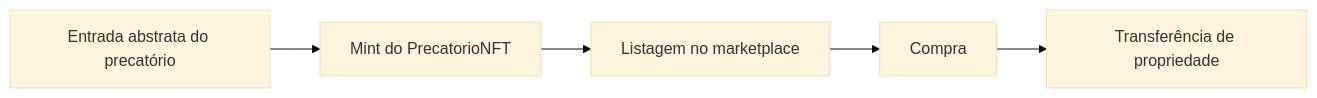
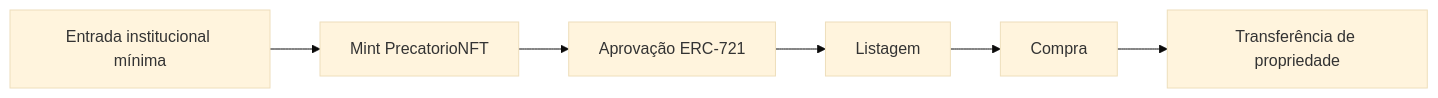
One commit to Victor-droid165/blockchain changed the diagram in Lab4/docs/modelo-solucao.md. Above: the diagram before and after it, drawn with Mermaid (base theme). The commit also changed other lines of this file and 43 other files, not shown here.

Commit message:
refactor(lab4): refatora para marketplace NFT

````diff
--- a/Lab4/docs/modelo-solucao.md
+++ b/Lab4/docs/modelo-solucao.md
@@ -9,10 +7,11 @@
 ```mermaid
 flowchart LR
-    I[Entrada abstrata do precatório]
-    N[Mint do PrecatorioNFT]
-    L[Listagem no marketplace]
-    B[Compra]
+    E[Entrada institucional mínima]
+    N[Mint PrecatorioNFT]
+    A[Aprovação ERC-721]
+    L[Listagem]
+    C[Compra]
     T[Transferência de propriedade]
 
-    I --> N --> L --> B --> T
+    E --> N --> A --> L --> C --> T
 ```
````
